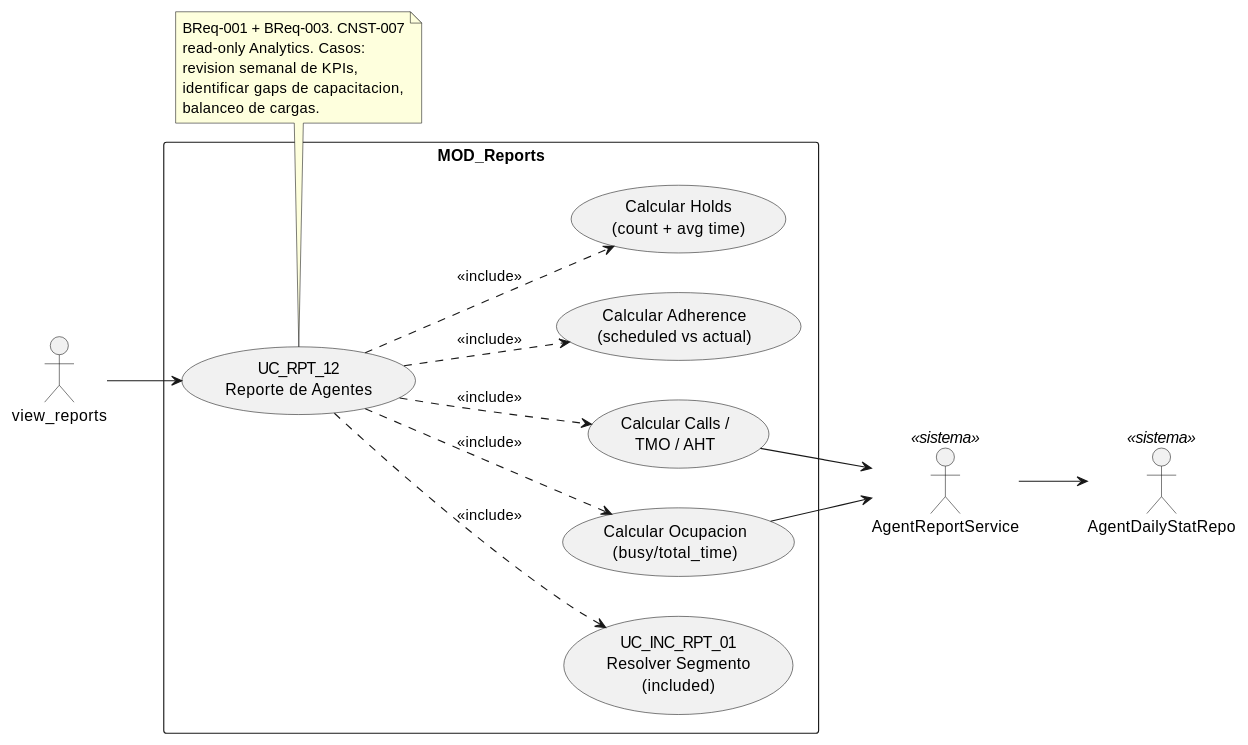
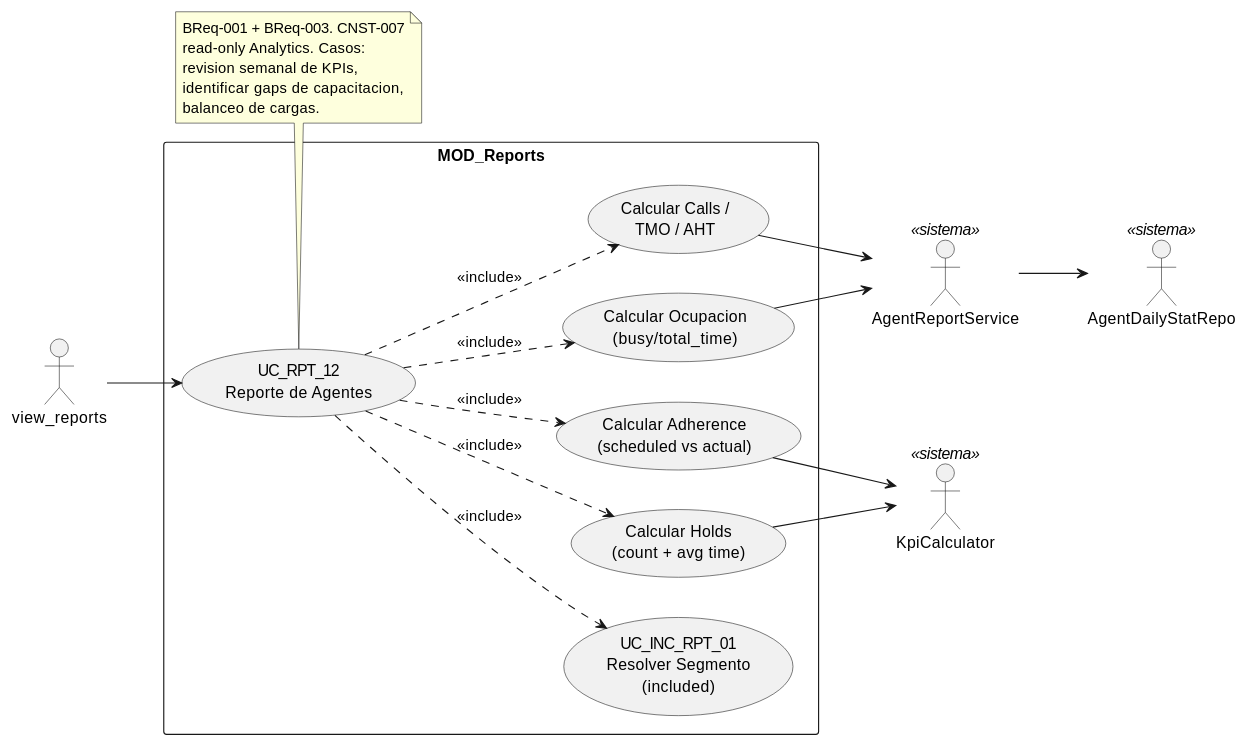
One commit to jcg-admin/IACT-docs changed the diagram in source/requisitos/casos-uso/reports/uc-rpt-12/diagramas-uml/diagrama-de-caso-de-uso.rst. Above: the diagram before and after it, drawn with PlantUML. The commit also changed other lines of this file and 52 other files, not shown here.

```diff
--- a/source/requisitos/casos-uso/reports/uc-rpt-12/diagramas-uml/diagrama-de-caso-de-uso.rst
+++ b/source/requisitos/casos-uso/reports/uc-rpt-12/diagramas-uml/diagrama-de-caso-de-uso.rst
@@ -4,40 +4,43 @@
 .. uml::
  :caption: UC_RPT_12 — actores y casos asociados
 
  @startuml
 
  left to right direction
 
  actor "view_reports" as INVOKER
  actor "AgentReportService" as SVC <<sistema>>
  actor "AgentDailyStatRepo" as REPO <<sistema>>
+ actor "KpiCalculator" as KPI <<sistema>>
 
  rectangle "MOD_Reports" {
    usecase "UC_RPT_12\nReporte de Agentes" as UC_RPT_12
    usecase "UC_INC_RPT_01\nResolver Segmento\n(included)" as UC_INC_RPT_01
    usecase "Calcular Calls /\nTMO / AHT" as METRIC_HANDLE
    usecase "Calcular Ocupacion\n(busy/total_time)" as METRIC_OCUP
    usecase "Calcular Adherence\n(scheduled vs actual)" as METRIC_ADH
    usecase "Calcular Holds\n(count + avg time)" as METRIC_HOLD
  }
 
  INVOKER --> UC_RPT_12
  UC_RPT_12 ..> UC_INC_RPT_01 : <<include>>
  UC_RPT_12 ..> METRIC_HANDLE : <<include>>
  UC_RPT_12 ..> METRIC_OCUP : <<include>>
  UC_RPT_12 ..> METRIC_ADH : <<include>>
  UC_RPT_12 ..> METRIC_HOLD : <<include>>
 
  METRIC_HANDLE --> SVC
  METRIC_OCUP --> SVC
+ METRIC_ADH --> KPI
+ METRIC_HOLD --> KPI
  SVC --> REPO
 
  note bottom of UC_RPT_12
    BReq-001 + BReq-003. CNST-007
    read-only Analytics. Casos:
    revision semanal de KPIs,
    identificar gaps de capacitacion,
    balanceo de cargas.
  end note
 
  @enduml
```
